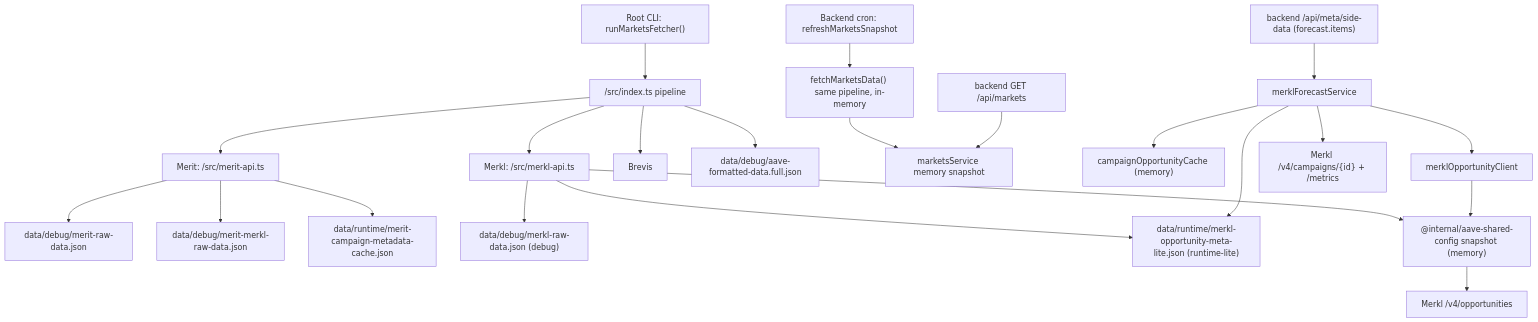
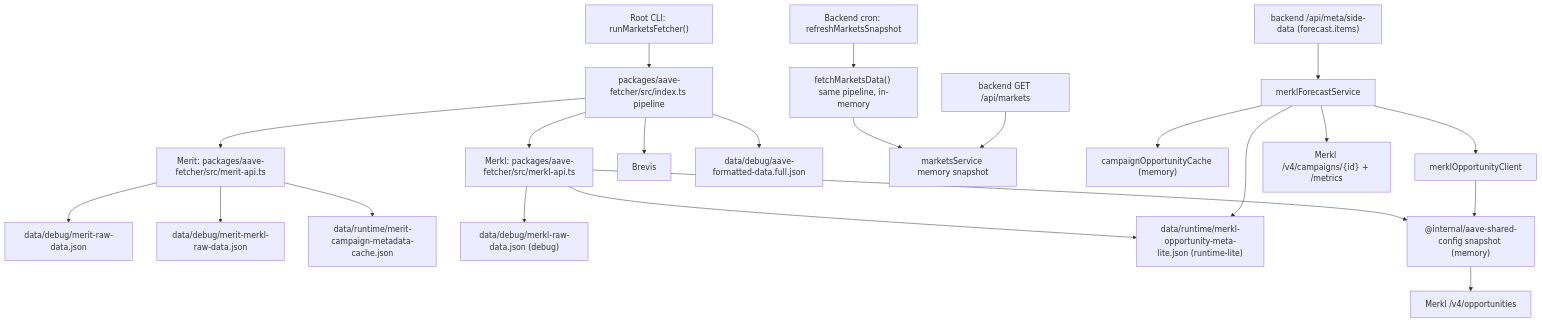
Before and after one commit to 0xPabloLI/aave-protocol-analysis: the fourth of 5 diagrams in docs/merkl-merit-cache-architecture.md, drawn with Mermaid. The commit also changed other lines of this file and 14 other files, not shown here.

````diff
--- a/docs/merkl-merit-cache-architecture.md
+++ b/docs/merkl-merit-cache-architecture.md
@@ -104,24 +104,24 @@
 ```mermaid
 flowchart TD
-  A["Root CLI: runMarketsFetcher()"] --> B["/src/index.ts pipeline"]
-  B --> C["Merit: /src/merit-api.ts"]
-  B --> D["Merkl: /src/merkl-api.ts"]
+  A["Root CLI: runMarketsFetcher()"] --> B["packages/aave-fetcher/src/index.ts pipeline"]
+  B --> C["Merit: packages/aave-fetcher/src/merit-api.ts"]
+  B --> D["Merkl: packages/aave-fetcher/src/merkl-api.ts"]
   B --> E["Brevis"]
   C --> F["data/debug/merit-raw-data.json"]
   C --> G["data/debug/merit-merkl-raw-data.json"]
   C --> H["data/runtime/merit-campaign-metadata-cache.json"]
   D --> I["data/debug/merkl-raw-data.json (debug)"]
   D --> J["data/runtime/merkl-opportunity-meta-lite.json (runtime-lite)"]
   D --> R["@internal/aave-shared-config snapshot (memory)"]
    B --> K["data/debug/aave-formatted-data.full.json"]
   CRON["Backend cron: refreshMarketsSnapshot"] --> MP["fetchMarketsData() same pipeline, in-memory"]
   MP --> MS["marketsService memory snapshot"]
   L["backend GET /api/markets"] --> MS
   N["backend /api/meta/side-data (forecast.items)"] --> O["merklForecastService"]
   O --> P["campaignOpportunityCache (memory)"]
   O --> J
   O --> Q["merklOpportunityClient"]
   Q --> R
   R --> S["Merkl /v4/opportunities"]
   O --> T["Merkl /v4/campaigns/{id} + /metrics"]
 ```
````
